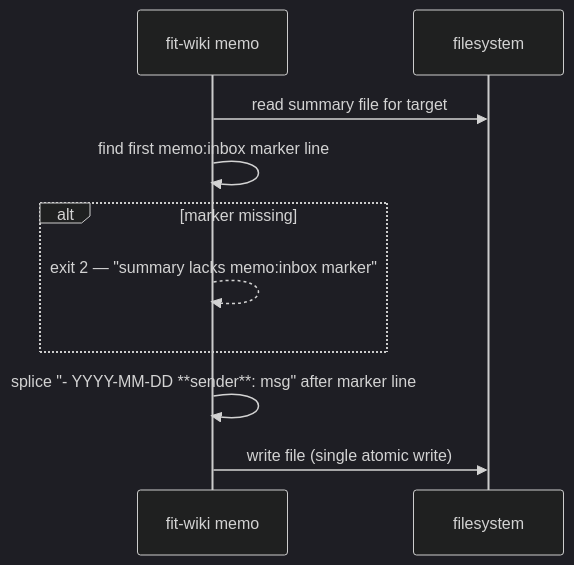
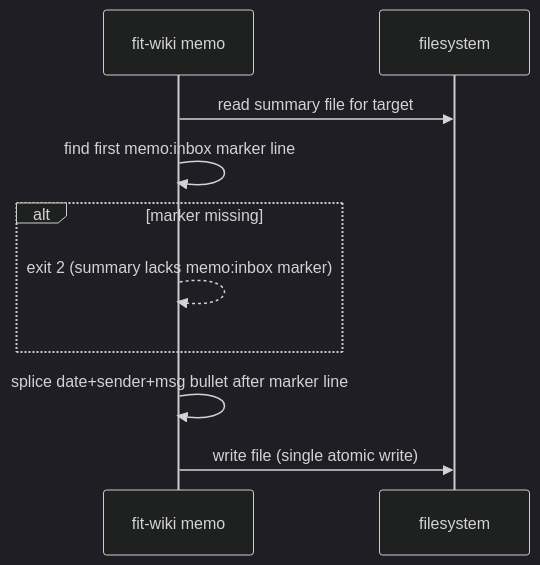
The second of 3 diagrams in specs/770-agent-tooling-memo-metric/design-a.md (forwardimpact/pathway), drawn with Mermaid (dark theme) before and after one commit. The commit also changed other lines of this file and 2 other files, not shown here.

````diff
--- a/specs/770-agent-tooling-memo-metric/design-a.md
+++ b/specs/770-agent-tooling-memo-metric/design-a.md
@@ -61,12 +62,12 @@
 ```mermaid
 sequenceDiagram
   participant CLI as fit-wiki memo
   participant FS as filesystem
   CLI->>FS: read summary file for target
   CLI->>CLI: find first memo:inbox marker line
   alt marker missing
-    CLI-->>CLI: exit 2 — "summary lacks memo:inbox marker"
+    CLI-->>CLI: exit 2 (summary lacks memo:inbox marker)
   end
-  CLI->>CLI: splice "- YYYY-MM-DD **sender**: msg" after marker line
+  CLI->>CLI: splice date+sender+msg bullet after marker line
   CLI->>FS: write file (single atomic write)
 ```
````
